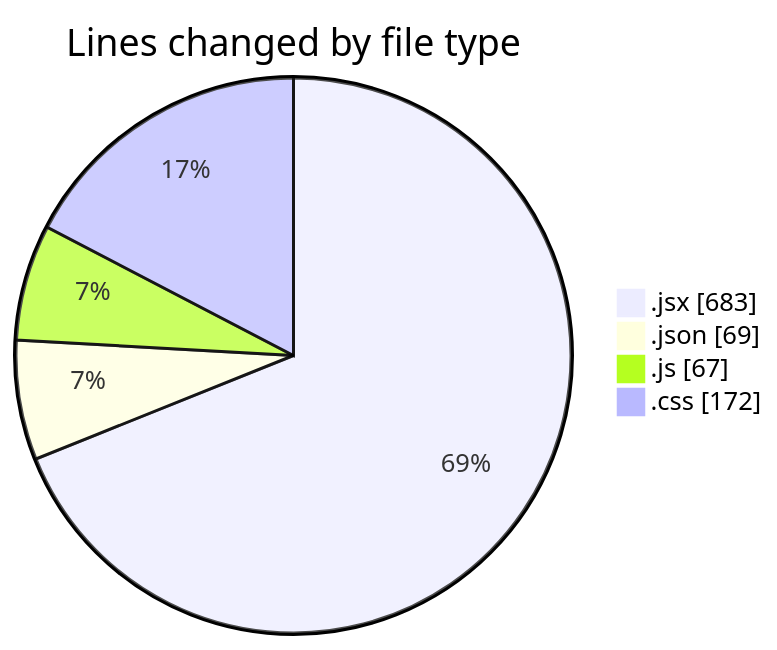
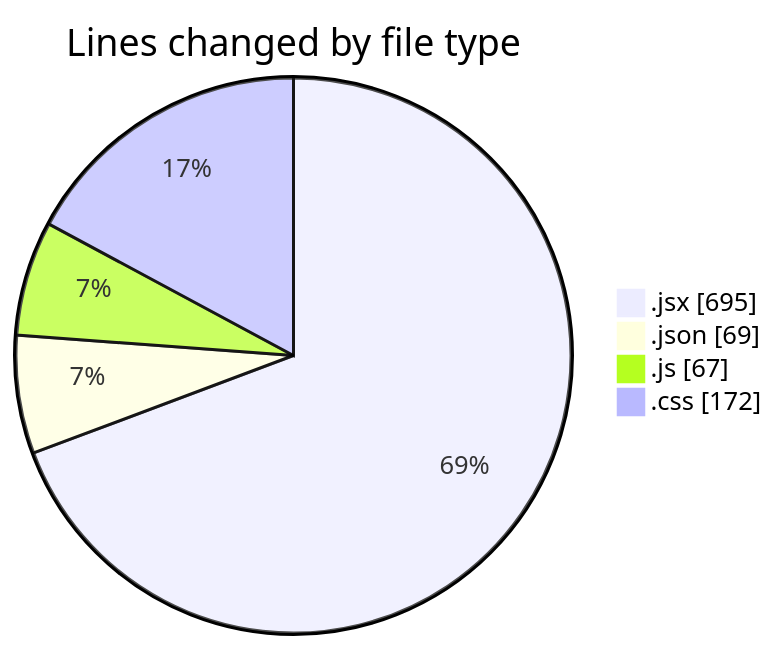
The first of 2 diagrams in 2025-05-04/project/README.md (BS-eng2023/code-tracking), drawn with Mermaid before and after one commit. The commit also changed other lines of this file and 1 other file, not shown here.

````diff
--- a/2025-05-04/project/README.md
+++ b/2025-05-04/project/README.md
@@ -34,8 +34,8 @@
 ```mermaid
 pie showData
 title Lines changed by file type
-".jsx" : 683
+".jsx" : 695
 ".json" : 69
 ".js" : 67
 ".css" : 172
 ```
````
